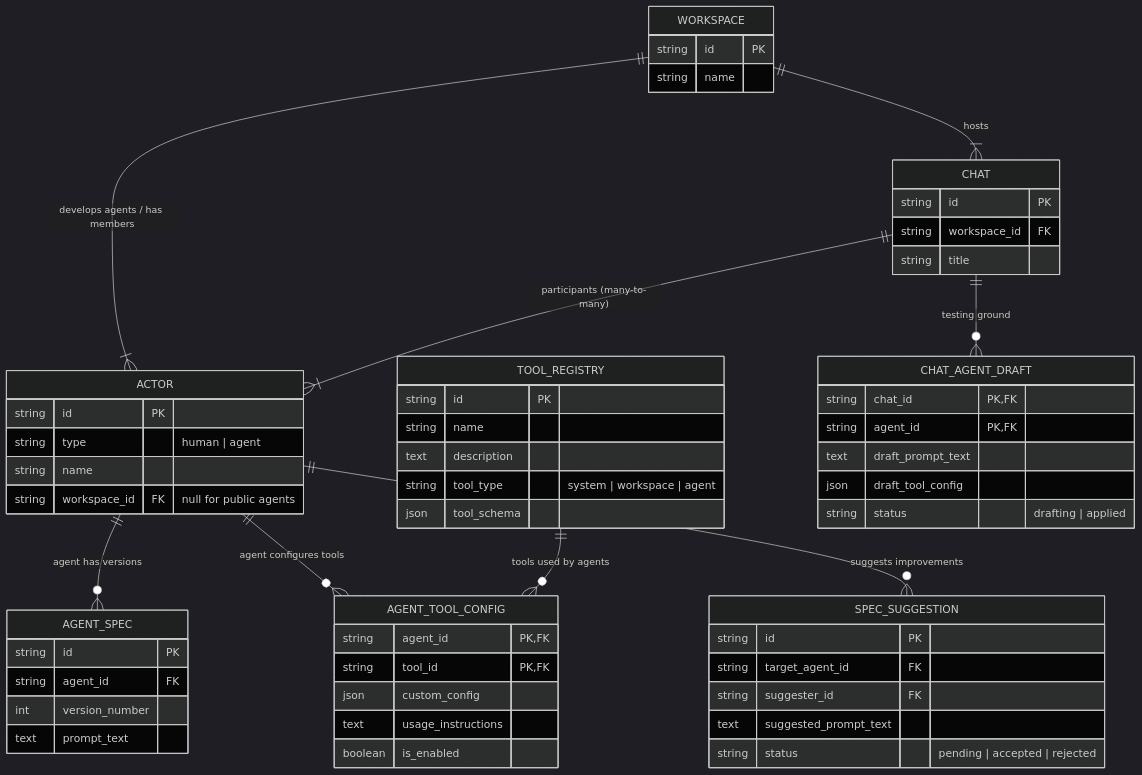
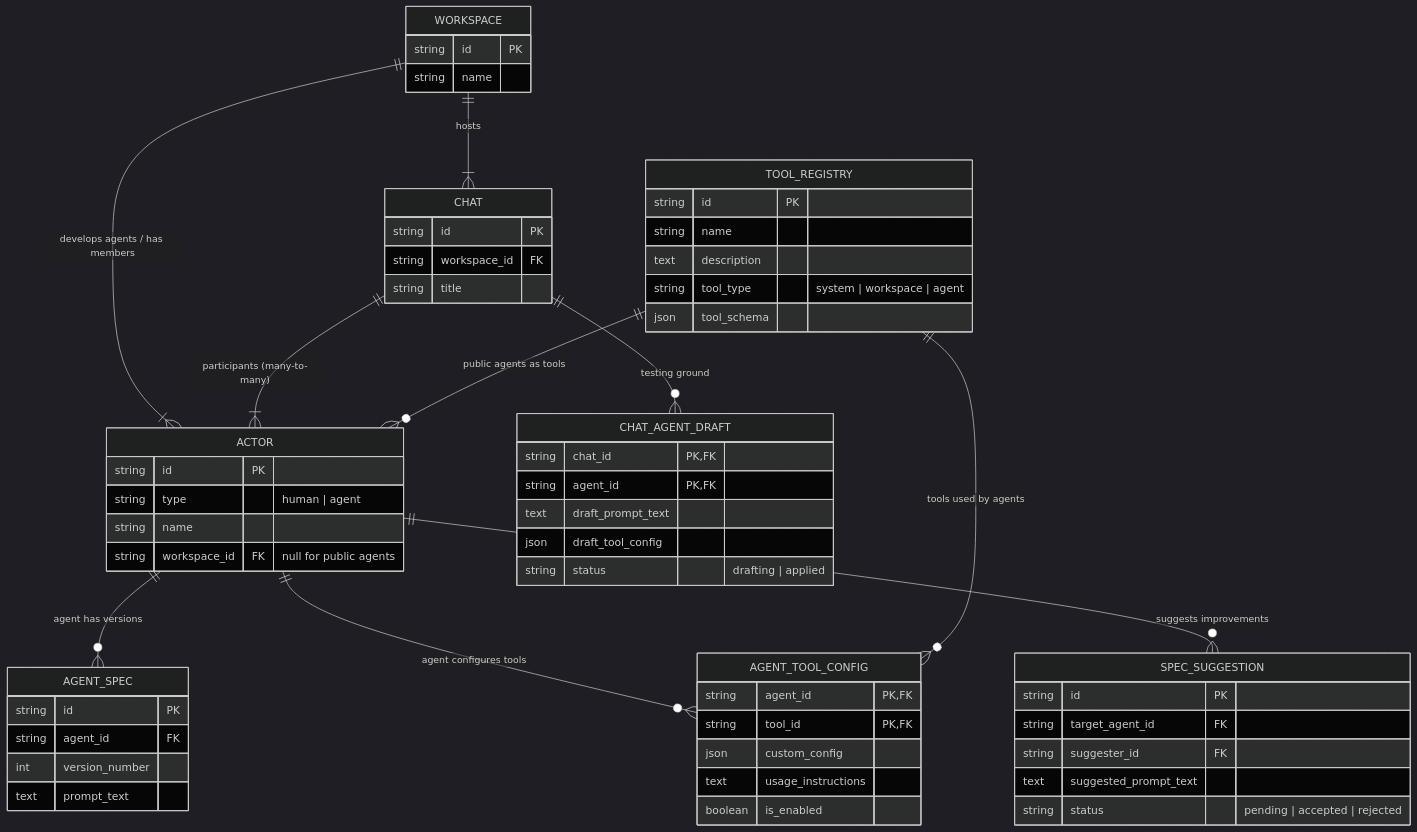
One commit to zhowzeng/v2-design-doc changed the first of 7 diagrams in design_doc.md. Above: the diagram before and after it, drawn with Mermaid (dark theme). The commit also changed other lines of this file, not shown here.

Commit message:
更新設計文件，擴充 Tool 定義與 Agent as Tool 概念，調整系統架構與業務流程說明，強化協作開發流程

````diff
--- a/design_doc.md
+++ b/design_doc.md
@@ -36,73 +37,74 @@
 ```mermaid
 erDiagram
     %% 核心實體
     WORKSPACE {
         string id PK
         string name
     }
     
     ACTOR {
         string id PK
         string type "human | agent"
         string name
         string workspace_id FK "null for public agents"
     }
     
     CHAT {
         string id PK
         string workspace_id FK
         string title
     }
     
     %% Agent 專用
     AGENT_SPEC {
         string id PK
         string agent_id FK
         int version_number
         text prompt_text
     }
     
     %% Tool 系統
     TOOL_REGISTRY {
         string id PK
         string name
         text description
         string tool_type "system | workspace | agent"
         json tool_schema
     }
     
     AGENT_TOOL_CONFIG {
         string agent_id PK, FK
         string tool_id PK, FK
         json custom_config
         text usage_instructions
         boolean is_enabled
     }
     
     %% 協作機制
     CHAT_AGENT_DRAFT {
         string chat_id PK, FK
         string agent_id PK, FK
         text draft_prompt_text
         json draft_tool_config
         string status "drafting | applied"
     }
     
     SPEC_SUGGESTION {
         string id PK
         string target_agent_id FK
         string suggester_id FK
         text suggested_prompt_text
         string status "pending | accepted | rejected"
     }
 
     %% 關係
     WORKSPACE ||--|{ ACTOR : "develops agents / has members"
     WORKSPACE ||--|{ CHAT : "hosts"
     CHAT ||--|{ ACTOR : "participants (many-to-many)"
     ACTOR ||--o{ AGENT_SPEC : "agent has versions"
     ACTOR ||--o{ AGENT_TOOL_CONFIG : "agent configures tools"
     TOOL_REGISTRY ||--o{ AGENT_TOOL_CONFIG : "tools used by agents"
+    TOOL_REGISTRY ||--o{ ACTOR : "public agents as tools"
     CHAT ||--o{ CHAT_AGENT_DRAFT : "testing ground"
     ACTOR ||--o{ SPEC_SUGGESTION : "suggests improvements"
 ```
````
